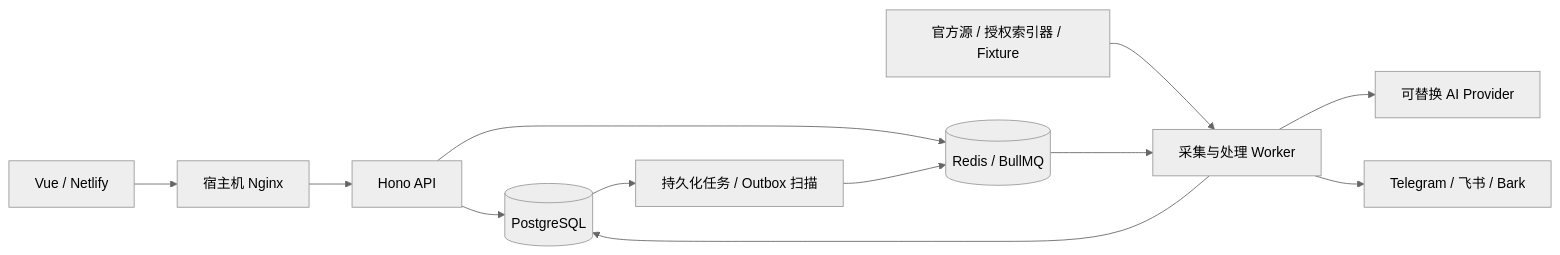
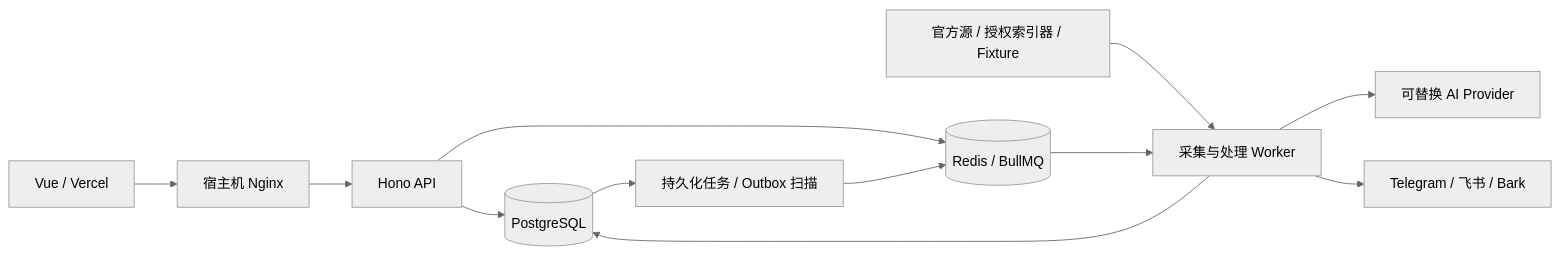
One commit to AmazingZ-sys/financial-radar changed the diagram in docs/04-system-architecture.md. Above: the diagram before and after it, drawn with Mermaid (neutral theme). The commit also changed other lines of this file and 19 other files, not shown here.

````diff
--- a/docs/04-system-architecture.md
+++ b/docs/04-system-architecture.md
@@ -11,14 +11,14 @@
 ```mermaid
 flowchart LR
-  Web[Vue / Netlify] --> Nginx[宿主机 Nginx]
+  Web[Vue / Vercel] --> Nginx[宿主机 Nginx]
   Nginx --> API[Hono API]
   API --> PG[(PostgreSQL)]
   API --> Redis[(Redis / BullMQ)]
   Sources[官方源 / 授权索引器 / Fixture] --> Worker[采集与处理 Worker]
   Redis --> Worker
   Worker --> PG
   PG --> Outbox[持久化任务 / Outbox 扫描]
   Outbox --> Redis
   Worker --> AI[可替换 AI Provider]
   Worker --> Notify[Telegram / 飞书 / Bark]
 ```
````
